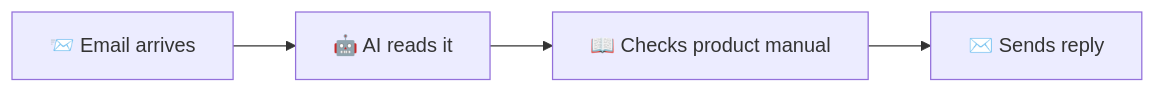
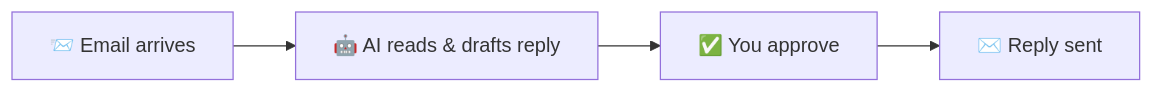
The diagram in docs-site/use-cases/customer-support.md (hivemind-os/hivemind), drawn with Mermaid before and after one commit. The commit also changed other lines of this file and 7 other files, not shown here.

````diff
--- a/docs-site/use-cases/customer-support.md
+++ b/docs-site/use-cases/customer-support.md
@@ -5,6 +5,6 @@
 ```mermaid
 flowchart LR
-    A["📨 Email arrives"] --> B["🤖 AI reads it"]
-    B --> C["📖 Checks product manual"]
-    C --> D["✉️ Sends reply"]
+    A["📨 Email arrives"] --> B["🤖 AI reads & drafts reply"]
+    B --> C["✅ You approve"]
+    C --> D["✉️ Reply sent"]
 ```
````
